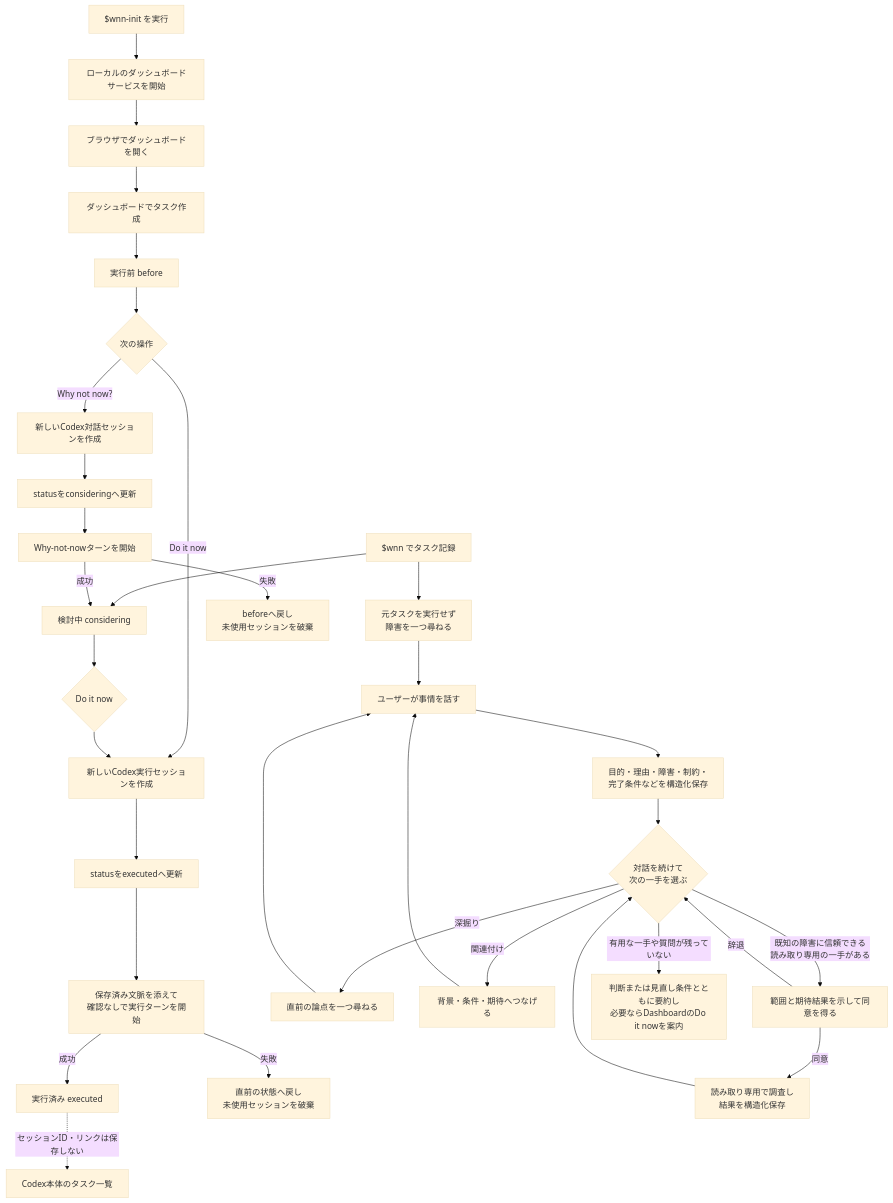
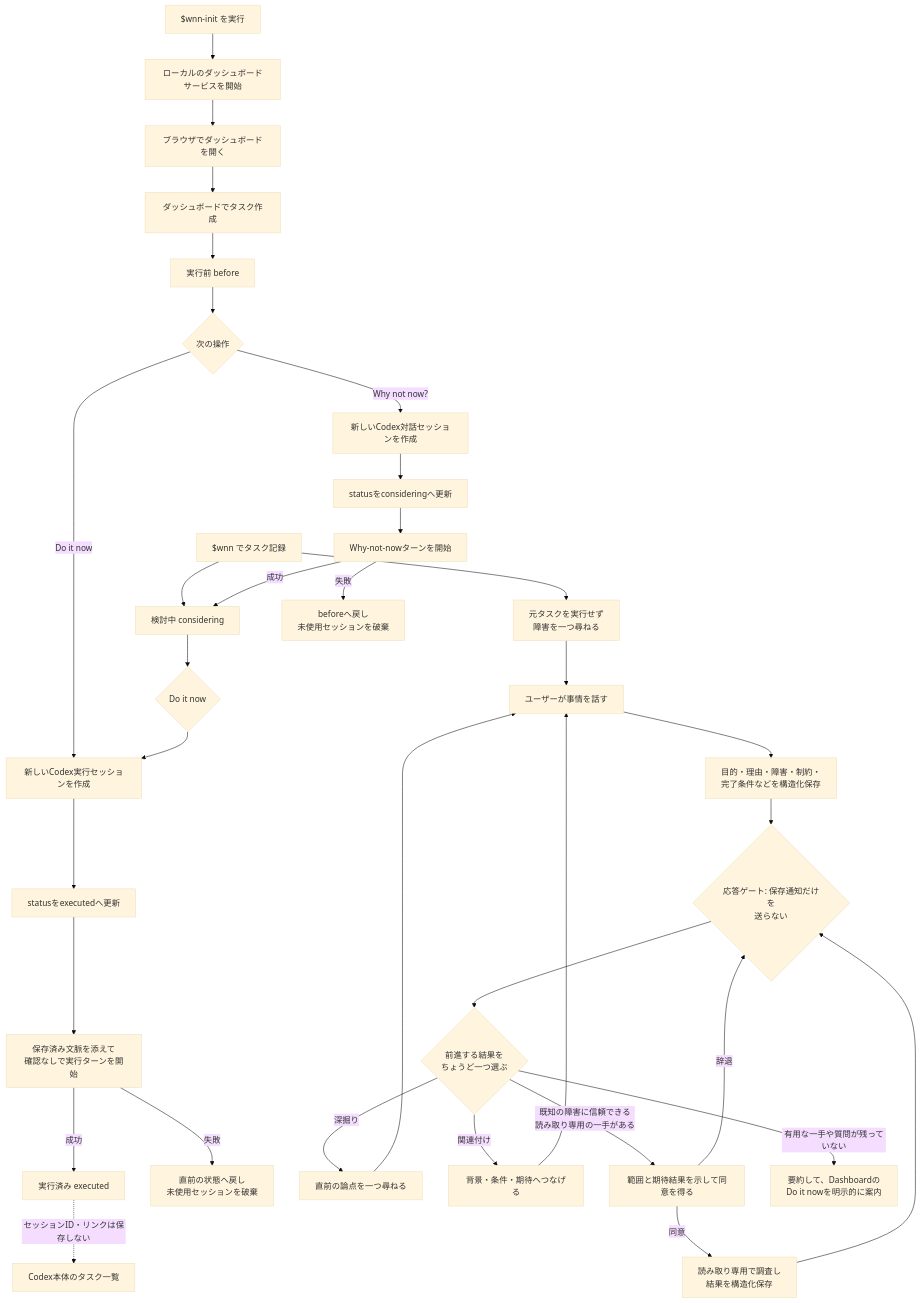
Before and after one commit to Ghaos/WhyNotNow: the diagram in docs/ja/dialogue-flowchart-ja.md, drawn with Mermaid (base theme). The commit also changed 5 other files, not shown here.

````diff
--- a/docs/ja/dialogue-flowchart-ja.md
+++ b/docs/ja/dialogue-flowchart-ja.md
@@ -5,39 +5,40 @@
 ```mermaid
 flowchart TD
     Z["$wnn-init を実行"] --> ZA["ローカルのダッシュボードサービスを開始"]
     ZA --> ZB["ブラウザでダッシュボードを開く"]
     ZB --> A
     A["ダッシュボードでタスク作成"] --> B["実行前 before"]
     C["$wnn でタスク記録"] --> D["検討中 considering"]
     C --> Q["元タスクを実行せず<br/>障害を一つ尋ねる"]
 
     B --> E{"次の操作"}
     E -->|"Why not now?"| F["新しいCodex対話セッションを作成"]
     F --> G["statusをconsideringへ更新"]
     G --> H["Why-not-nowターンを開始"]
     H -->|"成功"| D
     H -->|"失敗"| R1["beforeへ戻し<br/>未使用セッションを破棄"]
 
     E -->|"Do it now"| I["新しいCodex実行セッションを作成"]
     D --> J{"Do it now"}
     J --> I
     I --> K["statusをexecutedへ更新"]
     K --> L["保存済み文脈を添えて<br/>確認なしで実行ターンを開始"]
     L -->|"成功"| M["実行済み executed"]
     L -->|"失敗"| R2["直前の状態へ戻し<br/>未使用セッションを破棄"]
 
     Q --> N["ユーザーが事情を話す"]
     N --> O["目的・理由・障害・制約・<br/>完了条件などを構造化保存"]
-    O --> P{"対話を続けて<br/>次の一手を選ぶ"}
-    P -->|"深掘り"| Q2["直前の論点を一つ尋ねる"]
+    O --> P{"応答ゲート: 保存通知だけを<br/>送らない"}
+    P --> P2{"前進する結果を<br/>ちょうど一つ選ぶ"}
+    P2 -->|"深掘り"| Q2["直前の論点を一つ尋ねる"]
     Q2 --> N
-    P -->|"関連付け"| Q3["背景・条件・期待へつなげる"]
+    P2 -->|"関連付け"| Q3["背景・条件・期待へつなげる"]
     Q3 --> N
-    P -->|"既知の障害に信頼できる<br/>読み取り専用の一手がある"| S["範囲と期待結果を示して同意を得る"]
+    P2 -->|"既知の障害に信頼できる<br/>読み取り専用の一手がある"| S["範囲と期待結果を示して同意を得る"]
     S -->|"同意"| T["読み取り専用で調査し<br/>結果を構造化保存"]
     T --> P
     S -->|"辞退"| P
-    P -->|"有用な一手や質問が残っていない"| U["判断または見直し条件とともに要約し<br/>必要ならDashboardのDo it nowを案内"]
+    P2 -->|"有用な一手や質問が残っていない"| U["要約して、Dashboardの<br/>Do it nowを明示的に案内"]
 
     M -. "セッションID・リンクは保存しない" .-> V["Codex本体のタスク一覧"]
 ```
````
